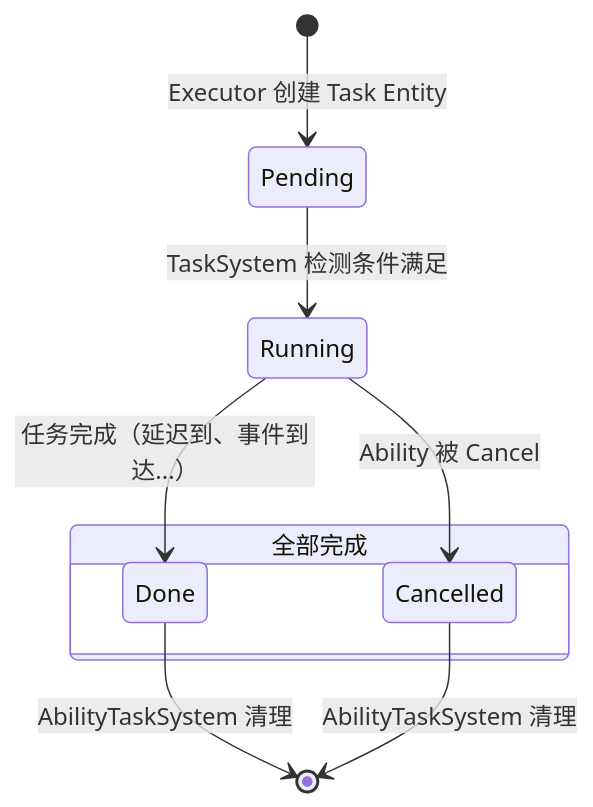
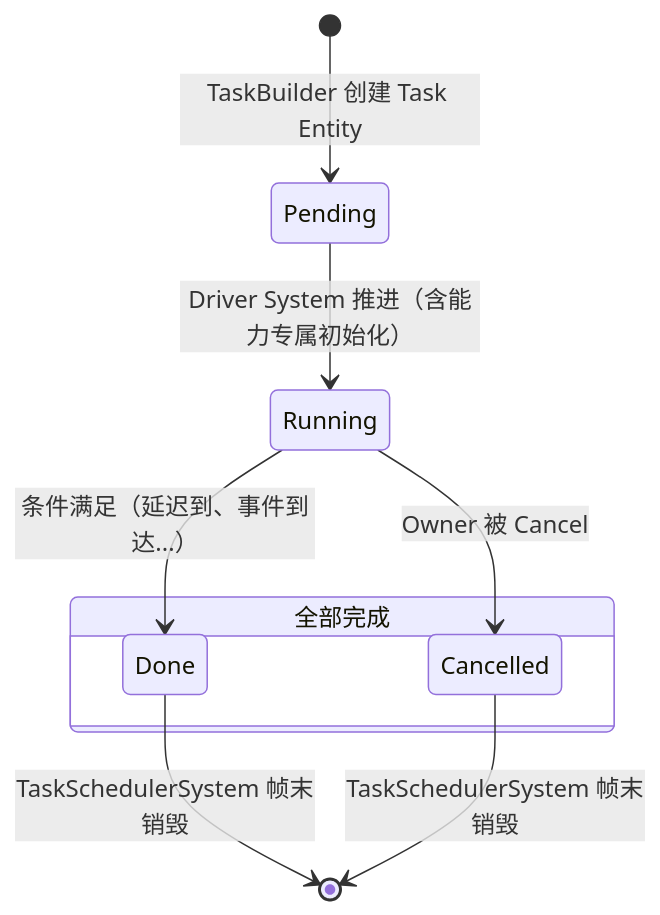
Before and after one commit to MoozenSoft/Gameplay.NET: the fourth of 5 diagrams in docs/guides/gas.md, drawn with Mermaid. The commit also changed other lines of this file and 1 other file, not shown here.

````diff
--- a/docs/guides/gas.md
+++ b/docs/guides/gas.md
@@ -150,14 +156,14 @@
 ```mermaid
 stateDiagram-v2
-    [*] --> Pending: Executor 创建 Task Entity
-    Pending --> Running: TaskSystem 检测条件满足
-    Running --> Done: 任务完成（延迟到、事件到达...）
-    Running --> Cancelled: Ability 被 Cancel
-    Done --> [*]: AbilityTaskSystem 清理
-    Cancelled --> [*]: AbilityTaskSystem 清理
+    [*] --> Pending: TaskBuilder 创建 Task Entity
+    Pending --> Running: Driver System 推进（含能力专属初始化）
+    Running --> Done: 条件满足（延迟到、事件到达...）
+    Running --> Cancelled: Owner 被 Cancel
+    Done --> [*]: TaskSchedulerSystem 帧末销毁
+    Cancelled --> [*]: TaskSchedulerSystem 帧末销毁
 
     state 全部完成 {
         Done
         Cancelled
     }
 ```
````
